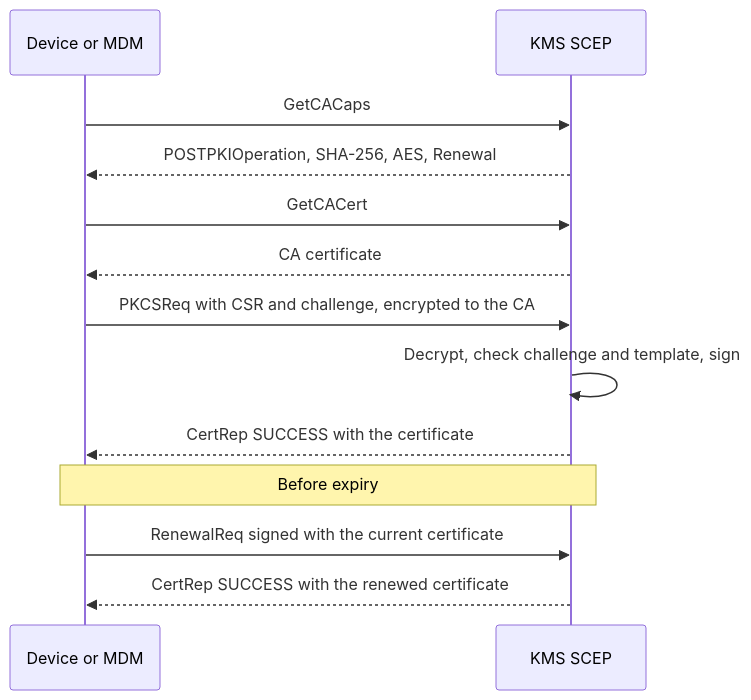
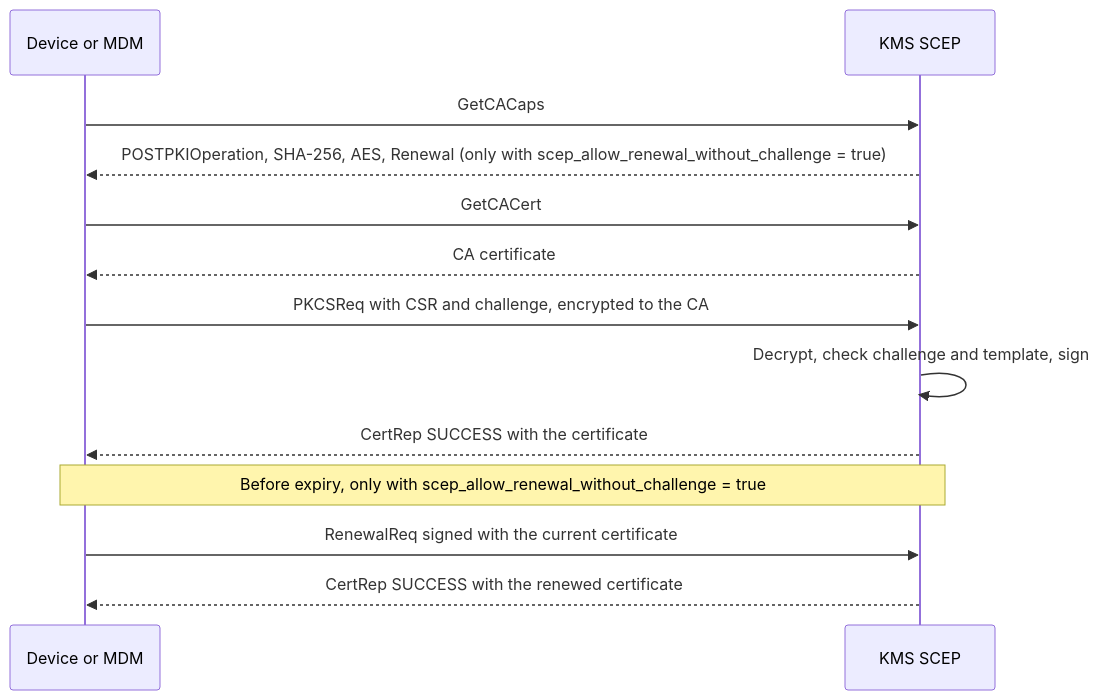
The second of 2 diagrams in documentation/docs/use_cases/pki-enrollment-scep.md (Cosmian/kms), drawn with Mermaid before and after one commit. The commit also changed other lines of this file and 30 other files, not shown here.

````diff
--- a/documentation/docs/use_cases/pki-enrollment-scep.md
+++ b/documentation/docs/use_cases/pki-enrollment-scep.md
@@ -139,15 +140,15 @@
 ```mermaid
 sequenceDiagram
     participant D as Device or MDM
     participant K as KMS SCEP
     D->>K: GetCACaps
-    K-->>D: POSTPKIOperation, SHA-256, AES, Renewal
+    K-->>D: POSTPKIOperation, SHA-256, AES, Renewal (only with scep_allow_renewal_without_challenge = true)
     D->>K: GetCACert
     K-->>D: CA certificate
     D->>K: PKCSReq with CSR and challenge, encrypted to the CA
     K->>K: Decrypt, check challenge and template, sign
     K-->>D: CertRep SUCCESS with the certificate
-    Note over D,K: Before expiry
+    Note over D,K: Before expiry, only with scep_allow_renewal_without_challenge = true
     D->>K: RenewalReq signed with the current certificate
     K-->>D: CertRep SUCCESS with the renewed certificate
 ```
````
